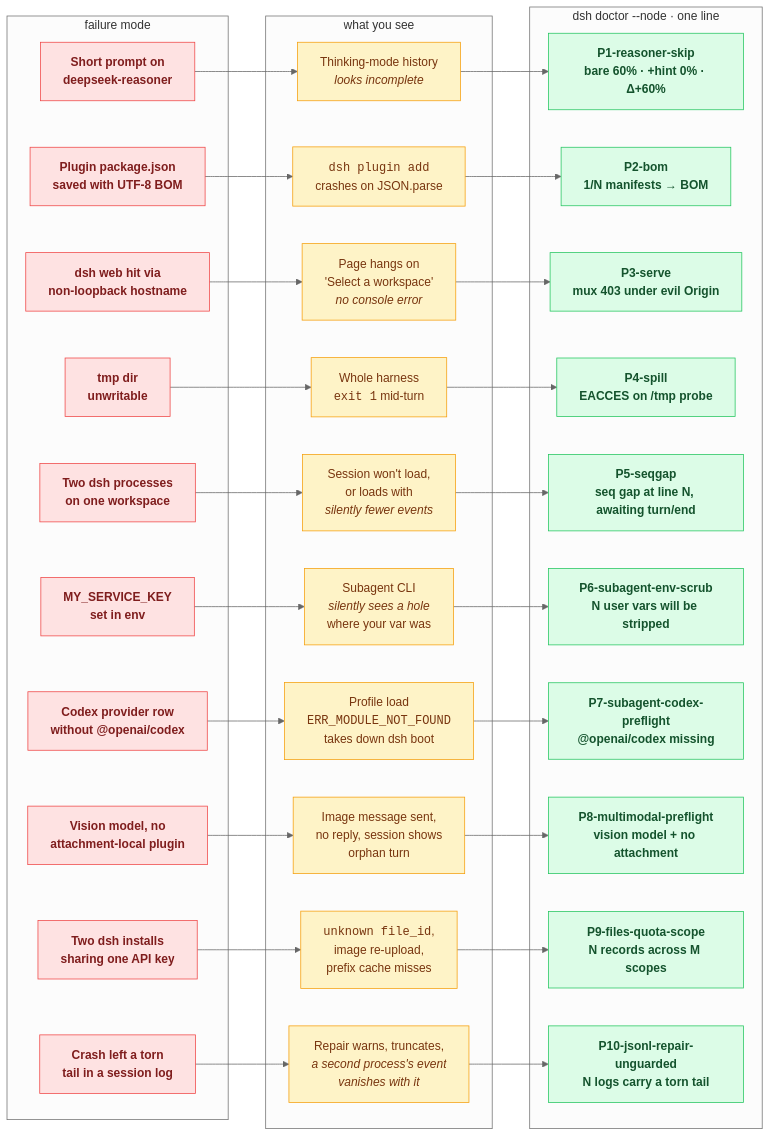
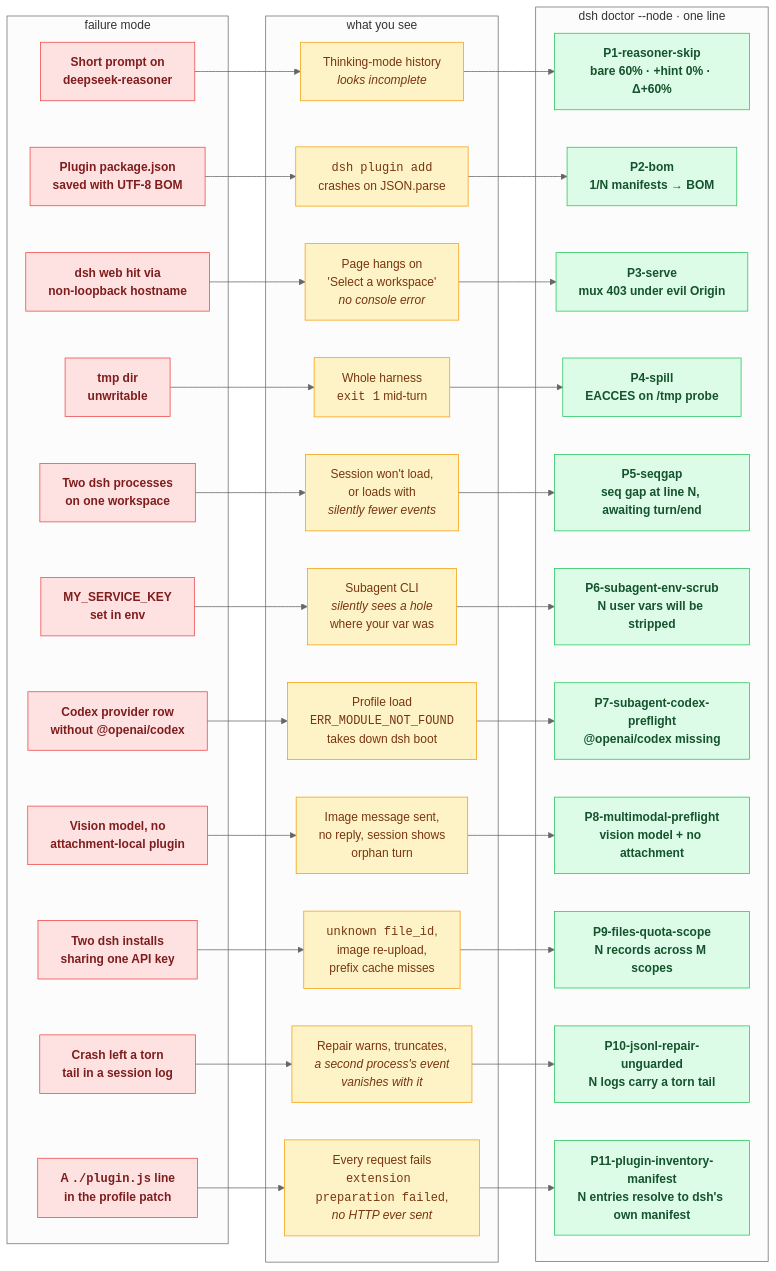
One commit to HenryZ838978/deepseek-harness changed the first of 7 diagrams in README.md. Above: the diagram before and after it, drawn with Mermaid (neutral theme). The commit also changed other lines of this file and 8 other files, not shown here.

````diff
--- a/README.md
+++ b/README.md
@@ -55,6 +55,7 @@
     F8["Vision model, no<br/>attachment-local plugin"]:::fail
     F9["Two dsh installs<br/>sharing one API key"]:::fail
     F10["Crash left a torn<br/>tail in a session log"]:::fail
+    F11["A <code>./plugin.js</code> line<br/>in the profile patch"]:::fail
 
     S1["Thinking-mode history<br/><i>looks incomplete</i>"]:::sym
     S2["<code>dsh plugin add</code><br/>crashes on JSON.parse"]:::sym
@@ -66,6 +67,7 @@
     S8["Image message sent,<br/>no reply, session shows<br/>orphan turn"]:::sym
     S9["<code>unknown file_id</code>,<br/>image re-upload,<br/>prefix cache misses"]:::sym
     S10["Repair warns, truncates,<br/><i>a second process's event<br/>vanishes with it</i>"]:::sym
+    S11["Every request fails<br/><code>extension preparation failed</code>,<br/><i>no HTTP ever sent</i>"]:::sym
 
     D1["<b>P1-reasoner-skip</b><br/>bare 60% · +hint 0% · Δ+60%"]:::fix
     D2["<b>P2-bom</b><br/>1/N manifests → BOM"]:::fix
@@ -77,6 +79,7 @@
     D8["<b>P8-multimodal-preflight</b><br/>vision model + no attachment"]:::fix
     D9["<b>P9-files-quota-scope</b><br/>N records across M scopes"]:::fix
     D10["<b>P10-jsonl-repair-unguarded</b><br/>N logs carry a torn tail"]:::fix
+    D11["<b>P11-plugin-inventory-manifest</b><br/>N entries resolve to dsh's own manifest"]:::fix
 
     F1 --> S1 --> D1
     F2 --> S2 --> D2
@@ -88,6 +91,7 @@
     F8 --> S8 --> D8
     F9 --> S9 --> D9
     F10 --> S10 --> D10
+    F11 --> S11 --> D11
 
     subgraph L1["failure mode"]
       F1
@@ -100,6 +104,7 @@
       F8
       F9
       F10
+      F11
     end
     subgraph L2["what you see"]
       S1
@@ -112,6 +117,7 @@
       S8
       S9
       S10
+      S11
     end
     subgraph L3["dsh doctor --node · one line"]
       D1
@@ -124,5 +130,6 @@
       D8
       D9
       D10
+      D11
     end
 ```
````
